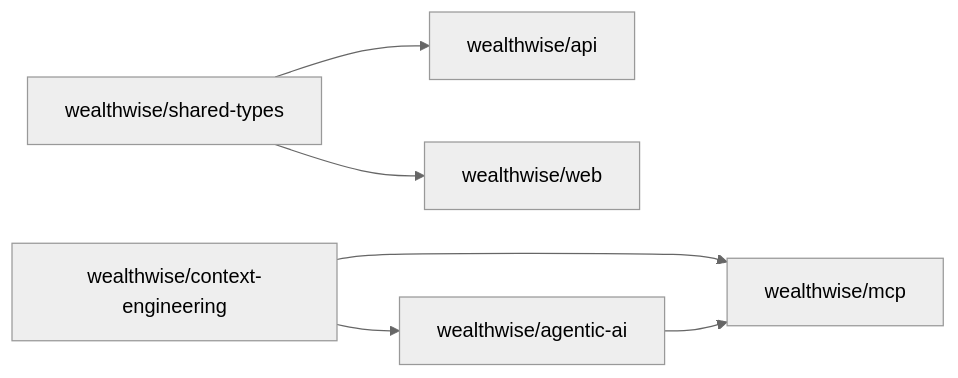
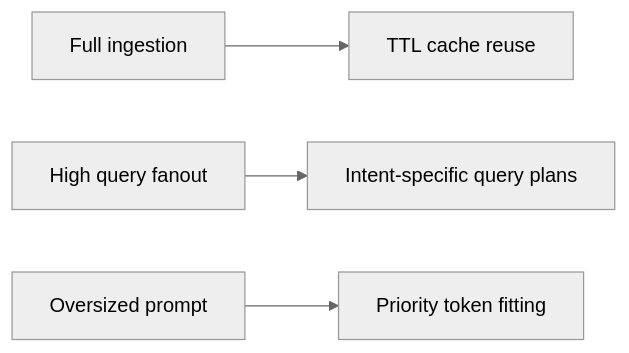
One commit to hoangsonww/WealthWise-Finance-Tracker changed the tenth of 13 diagrams in TECH_DOCS.md. Above: the diagram before and after it, drawn with Mermaid (neutral theme). The commit also changed other lines of this file, not shown here.

Commit message:
feat(context): enhance context integration for user-specific financial prompts and architecture documentation

````diff
--- a/TECH_DOCS.md
+++ b/TECH_DOCS.md
@@ -128,15 +378,6 @@
 ```mermaid
 graph LR
-    PKG1[wealthwise/api]
-    PKG2[wealthwise/web]
-    PKG3[wealthwise/shared-types]
-    PKG4[wealthwise/mcp]
-    PKG5[wealthwise/agentic-ai]
-    PKG6[wealthwise/context-engineering]
-
-    PKG3 --> PKG1
-    PKG3 --> PKG2
-    PKG6 --> PKG4
-    PKG6 --> PKG5
-    PKG5 --> PKG4
+    FullRebuild[Full ingestion] --> CacheTTL[TTL cache reuse]
+    QueryCost[High query fanout] --> IntentFilter[Intent-specific query plans]
+    PromptSize[Oversized prompt] --> TokenFit[Priority token fitting]
 ```
````
